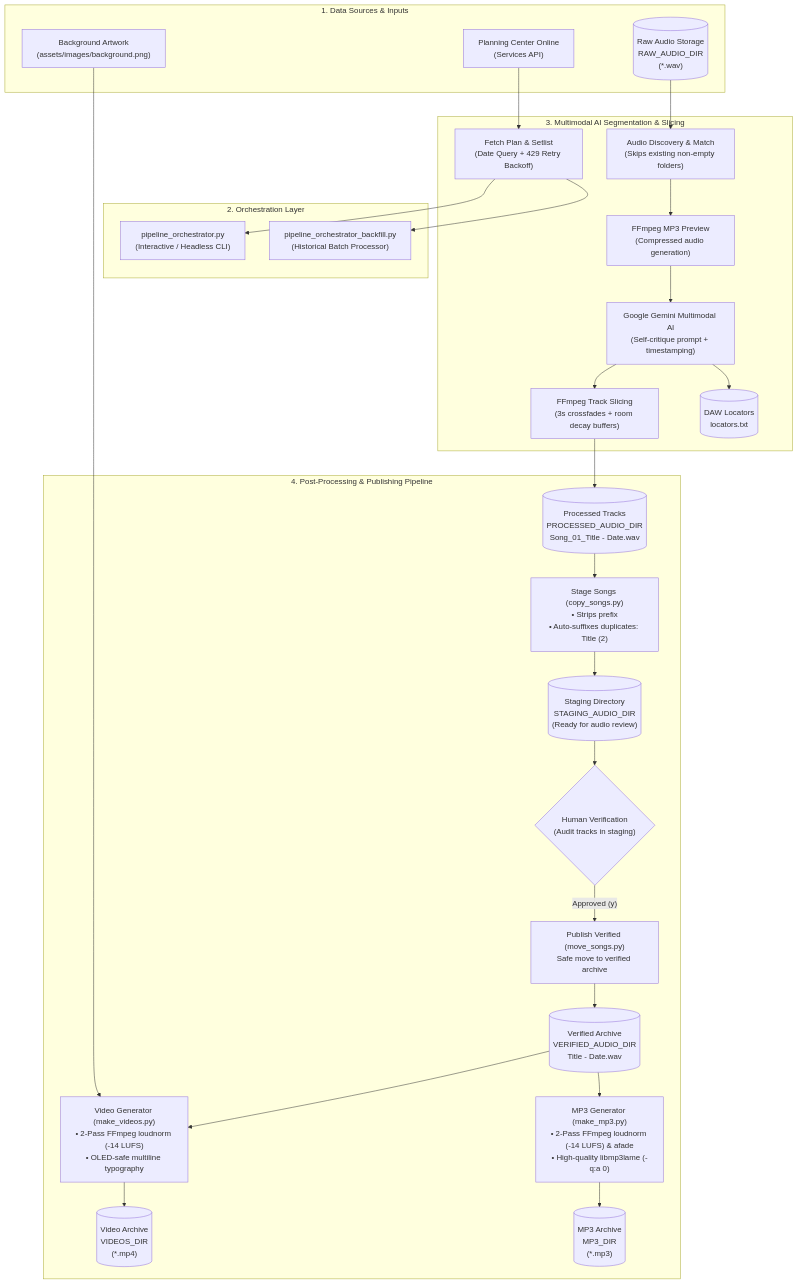
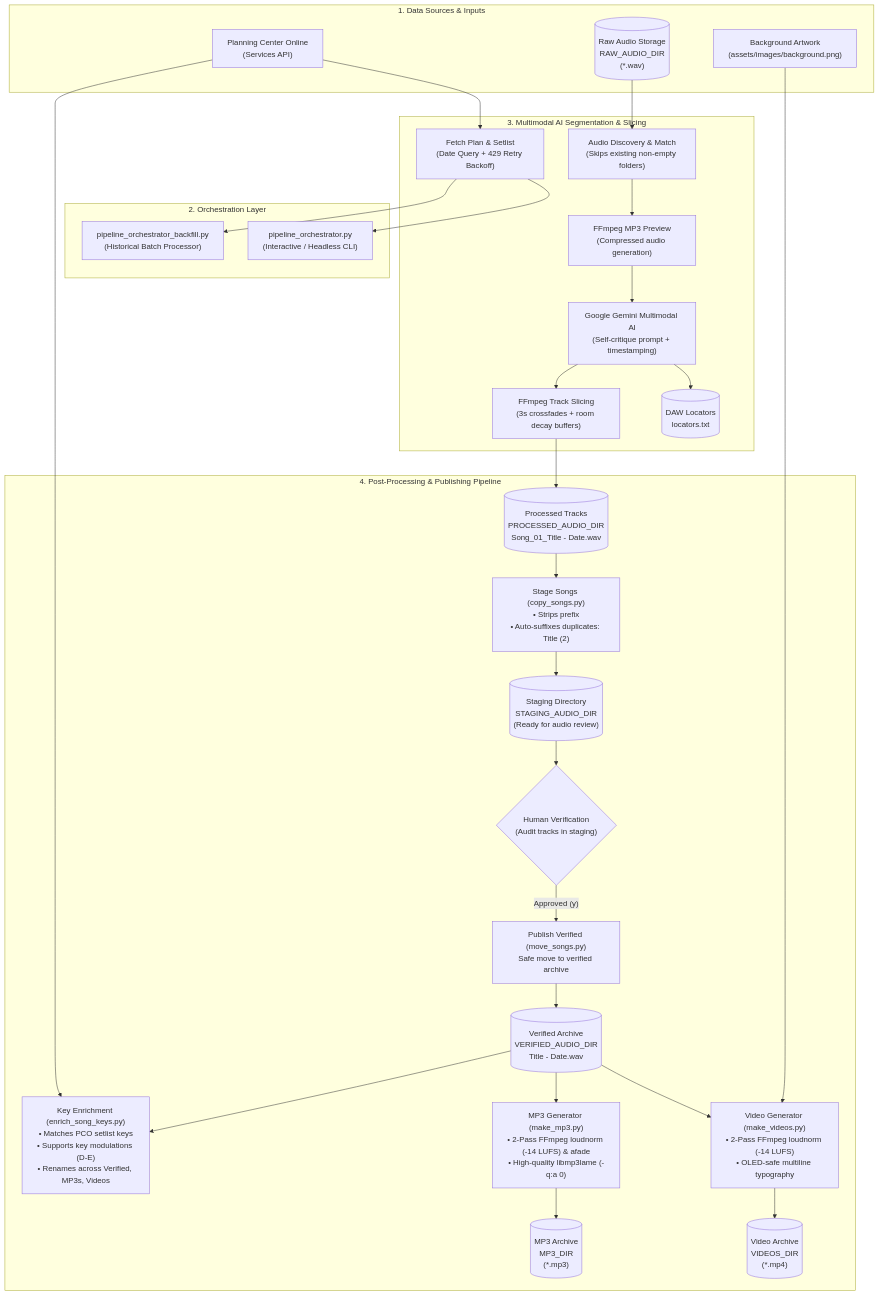
One commit to m4dc0w/song-recording-catalog-pipeline changed the diagram in README.md. Above: the diagram before and after it, drawn with Mermaid. The commit also changed other lines of this file and 13 other files, not shown here.

First line of the commit message:
feat: implement automatic musical key enrichment

````diff
--- a/README.md
+++ b/README.md
@@ -27,61 +29,64 @@
 ```mermaid
 flowchart TD
     %% External Inputs & APIs
     subgraph Inputs["1. Data Sources & Inputs"]
         PCO["Planning Center Online<br/>(Services API)"]
         RawAudio[("Raw Audio Storage<br/>RAW_AUDIO_DIR<br/>(*.wav)")]
         BgImage["Background Artwork<br/>(assets/images/background.png)"]
     end
 
     %% Orchestrators
     subgraph Orchestration["2. Orchestration Layer"]
         CLI["pipeline_orchestrator.py<br/>(Interactive / Headless CLI)"]
         Backfill["pipeline_orchestrator_backfill.py<br/>(Historical Batch Processor)"]
     end
 
     %% Ingestion & AI Segmentation
     subgraph Segmentation["3. Multimodal AI Segmentation & Slicing"]
         FetchPlan["Fetch Plan & Setlist<br/>(Date Query + 429 Retry Backoff)"]
         MatchAudio["Audio Discovery & Match<br/>(Skips existing non-empty folders)"]
         Downsample["FFmpeg MP3 Preview<br/>(Compressed audio generation)"]
         Gemini["Google Gemini Multimodal AI<br/>(Self-critique prompt + timestamping)"]
         Slicer["FFmpeg Track Slicing<br/>(3s crossfades + room decay buffers)"]
         DawMarkers[("DAW Locators<br/>locators.txt")]
     end
 
     %% Storage & Post Processing
     subgraph PostProcessing["4. Post-Processing & Publishing Pipeline"]
         Processed[("Processed Tracks<br/>PROCESSED_AUDIO_DIR<br/>Song_01_Title - Date.wav")]
         Stage["Stage Songs (copy_songs.py)<br/>• Strips prefix<br/>• Auto-suffixes duplicates: Title (2)"]
         Staging[("Staging Directory<br/>STAGING_AUDIO_DIR<br/>(Ready for audio review)")]
         Verify{"Human Verification<br/>(Audit tracks in staging)"}
         Move["Publish Verified (move_songs.py)<br/>Safe move to verified archive"]
         Verified[("Verified Archive<br/>VERIFIED_AUDIO_DIR<br/>Title - Date.wav")]
         MakeVideo["Video Generator (make_videos.py)<br/>• 2-Pass FFmpeg loudnorm (-14 LUFS)<br/>• OLED-safe multiline typography"]
         Videos[("Video Archive<br/>VIDEOS_DIR<br/>(*.mp4)")]
         MakeMP3["MP3 Generator (make_mp3.py)<br/>• 2-Pass FFmpeg loudnorm (-14 LUFS) & afade<br/>• High-quality libmp3lame (-q:a 0)"]
         MP3s[("MP3 Archive<br/>MP3_DIR<br/>(*.mp3)")]
+        EnrichKeys["Key Enrichment (enrich_song_keys.py)<br/>• Matches PCO setlist keys<br/>• Supports key modulations (D-E)<br/>• Renames across Verified, MP3s, Videos"]
     end
 
     %% Connections
     PCO --> FetchPlan
     RawAudio --> MatchAudio
     FetchPlan --> CLI
     FetchPlan --> Backfill
     MatchAudio --> Downsample
     Downsample --> Gemini
     Gemini --> DawMarkers
     Gemini --> Slicer
     Slicer --> Processed
 
     Processed --> Stage
     Stage --> Staging
     Staging --> Verify
     Verify -- "Approved (y)" --> Move
     Move --> Verified
     Verified --> MakeVideo
     BgImage --> MakeVideo
     MakeVideo --> Videos
     Verified --> MakeMP3
     MakeMP3 --> MP3s
+    Verified --> EnrichKeys
+    PCO --> EnrichKeys
 ```
````
